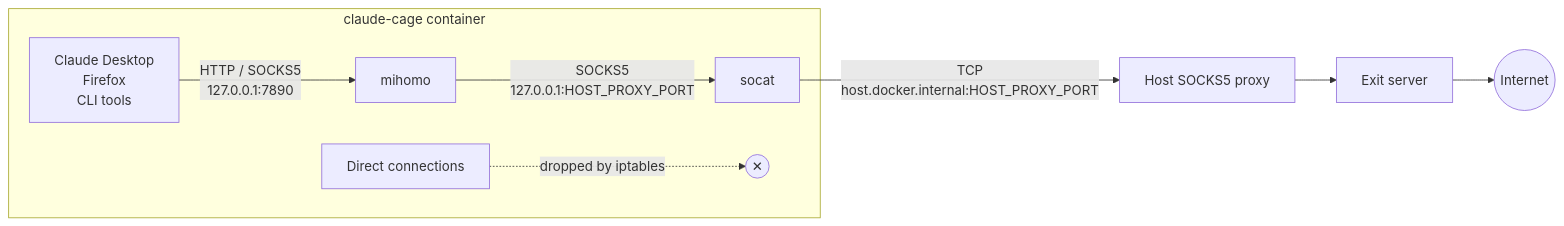
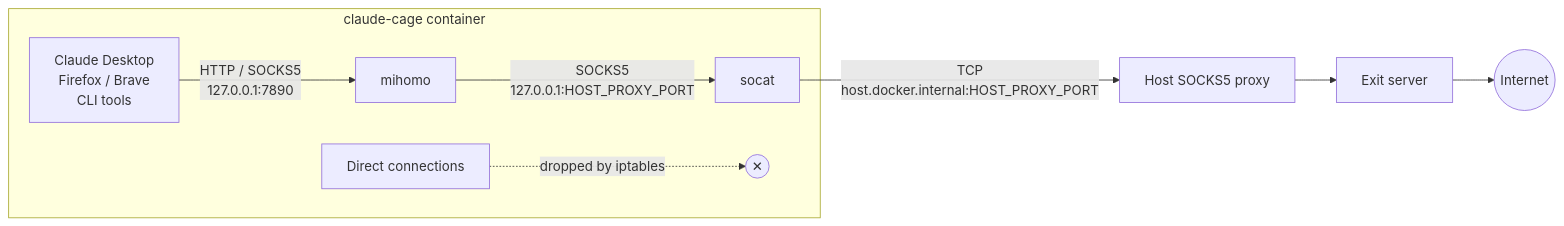
Before and after one commit to ferrobit/claude-cage: the diagram in README.md, drawn with Mermaid. The commit also changed other lines of this file and 3 other files, not shown here.

````diff
--- a/README.md
+++ b/README.md
@@ -156,11 +169,11 @@
 ```mermaid
 flowchart LR
     subgraph cage["claude-cage container"]
-        apps["Claude Desktop<br/>Firefox<br/>CLI tools"] -->|"HTTP / SOCKS5<br/>127.0.0.1:7890"| mihomo["mihomo"]
+        apps["Claude Desktop<br/>Firefox / Brave<br/>CLI tools"] -->|"HTTP / SOCKS5<br/>127.0.0.1:7890"| mihomo["mihomo"]
         mihomo -->|"SOCKS5<br/>127.0.0.1:HOST_PROXY_PORT"| socat["socat"]
         other["Direct connections"] -.->|"dropped by iptables"| drop(("✕"))
     end
     socat -->|"TCP<br/>host.docker.internal:HOST_PROXY_PORT"| host["Host SOCKS5 proxy"]
     host --> vps["Exit server"]
     vps --> net(("Internet"))
 ```
````
